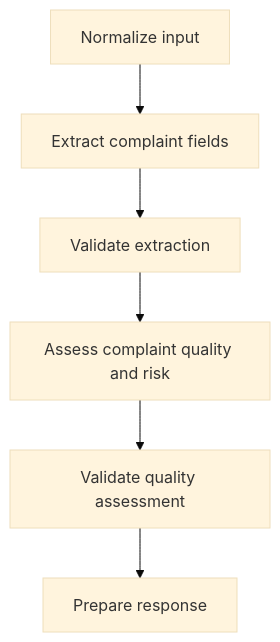
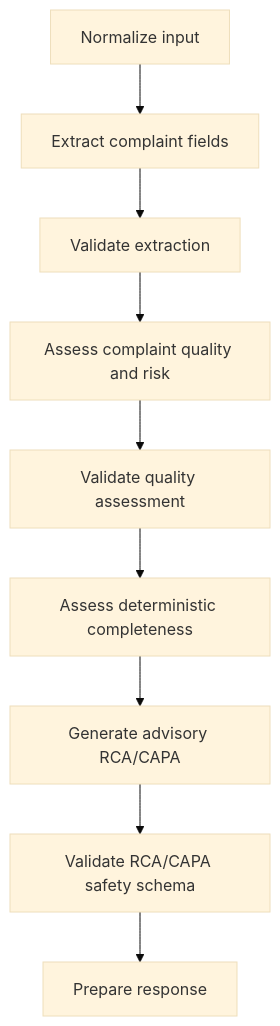
The third of 4 diagrams in docs/architecture.md (gaganakumarm/ai-pharma-complaint-qms), drawn with Mermaid (base theme) before and after one commit. The commit also changed other lines of this file and 7 other files, not shown here.

````diff
--- a/docs/architecture.md
+++ b/docs/architecture.md
@@ -131,8 +131,11 @@
 ```mermaid
 flowchart TD
     N["Normalize input"] --> X["Extract complaint fields"]
     X --> V["Validate extraction"]
     V --> R["Assess complaint quality and risk"]
     R --> A["Validate quality assessment"]
-    A --> P["Prepare response"]
+    A --> C["Assess deterministic completeness"]
+    C --> G["Generate advisory RCA/CAPA"]
+    G --> S["Validate RCA/CAPA safety schema"]
+    S --> P["Prepare response"]
 ```
````
